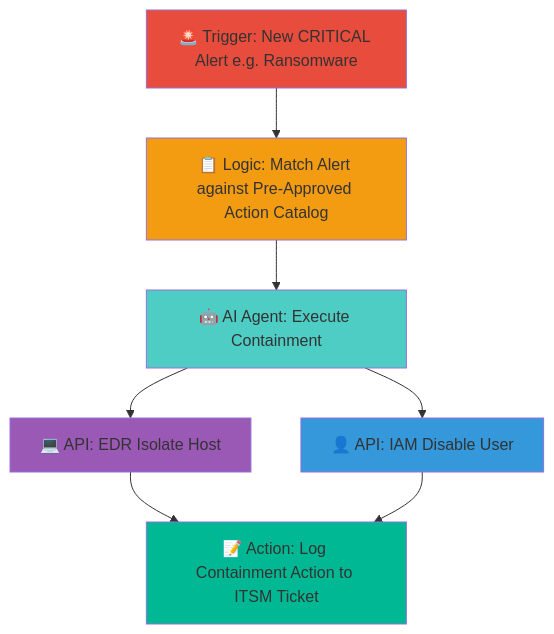
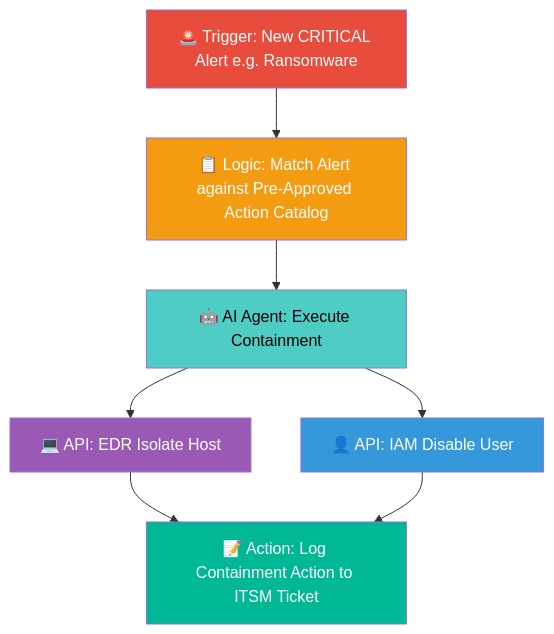
Before and after one commit to Ke0xes/AI4SecOps: the seventh of 10 diagrams in usecases.md, drawn with Mermaid. The commit also changed other lines of this file, not shown here.

````diff
--- a/usecases.md
+++ b/usecases.md
@@ -258,16 +258,16 @@
 ```mermaid
 graph TD
     A[🚨 Trigger: New CRITICAL Alert e.g. Ransomware] --> B[📋 Logic: Match Alert against Pre-Approved Action Catalog]
     B --> C[🤖 AI Agent: Execute Containment]
     C --> D[💻 API: EDR Isolate Host]
     C --> E[👤 API: IAM Disable User]
     D --> F[📝 Action: Log Containment Action to ITSM Ticket]
     E --> F
     
-    style A fill:#e74c3c
-    style B fill:#f39c12
-    style C fill:#4ecdc4
-    style D fill:#9b59b6
-    style E fill:#3498db
-    style F fill:#00b894
+    style A fill:#e74c3c,color:#fff
+    style B fill:#f39c12,color:#fff
+    style C fill:#4ecdc4,color:#000
+    style D fill:#9b59b6,color:#fff
+    style E fill:#3498db,color:#fff
+    style F fill:#00b894,color:#fff
 ```
````
